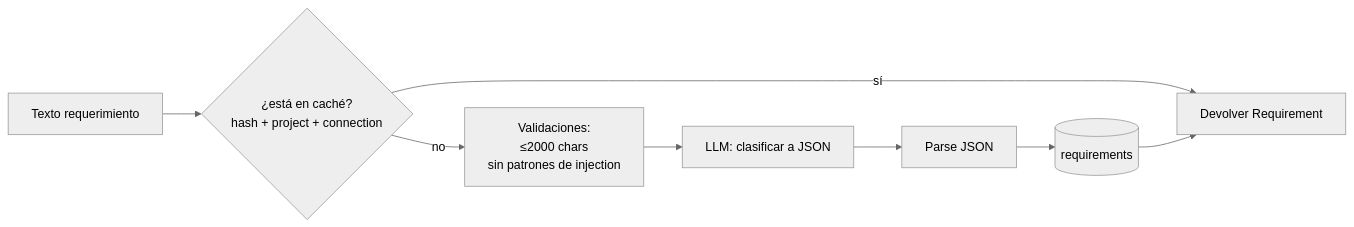
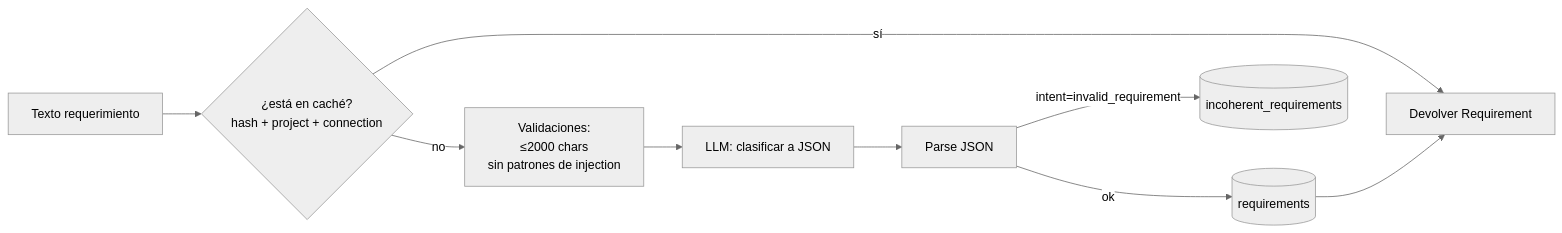
The fourth of 9 diagrams in docs/specs/ai.md (cfgomez86/bridgeai), drawn with Mermaid (neutral theme) before and after one commit. The commit also changed other lines of this file and 23 other files, not shown here.

````diff
--- a/docs/specs/ai.md
+++ b/docs/specs/ai.md
@@ -94,10 +187,11 @@
 ```mermaid
 flowchart LR
     T[Texto requerimiento] --> S{¿está en caché?<br/>hash + project + connection}
     S -- sí --> R[Devolver Requirement]
     S -- no --> V[Validaciones:<br/>≤2000 chars<br/>sin patrones de injection]
     V --> P[LLM: clasificar a JSON]
     P --> J[Parse JSON]
-    J --> DB[(requirements)]
+    J -- intent=invalid_requirement --> INC[(incoherent_requirements)]
+    J -- ok --> DB[(requirements)]
     DB --> R
 ```
````
